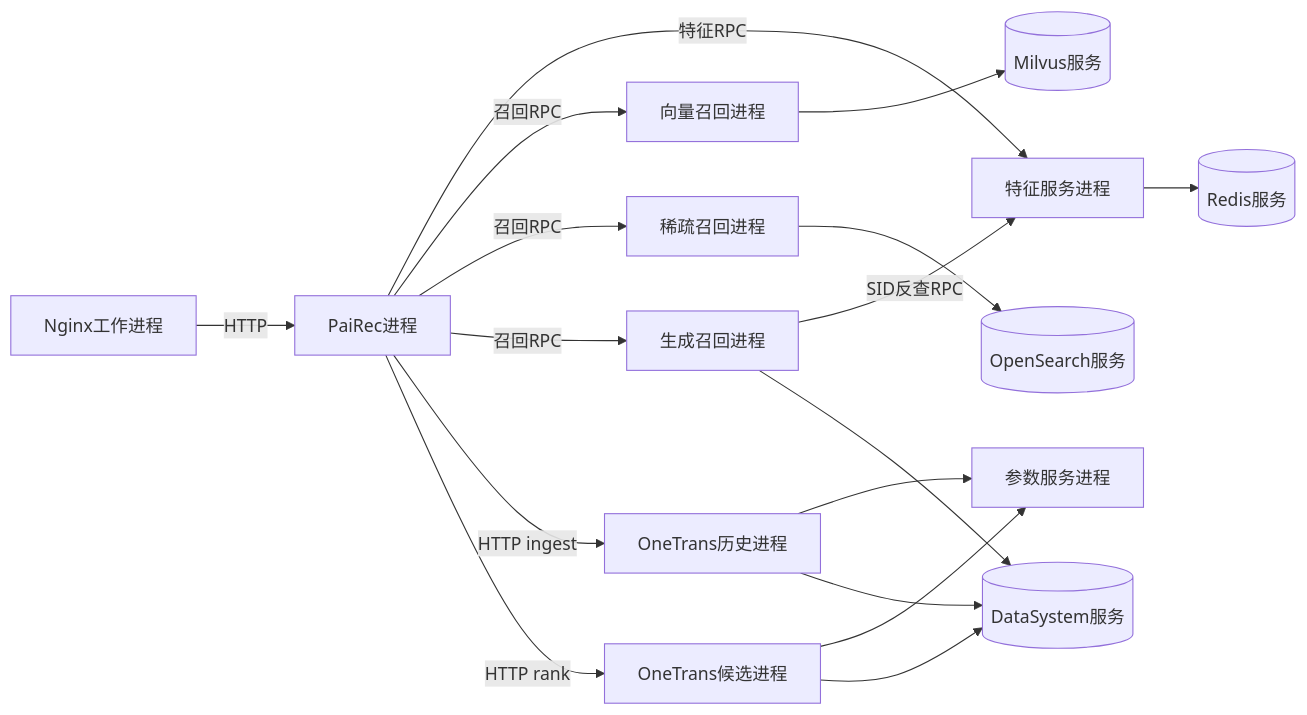
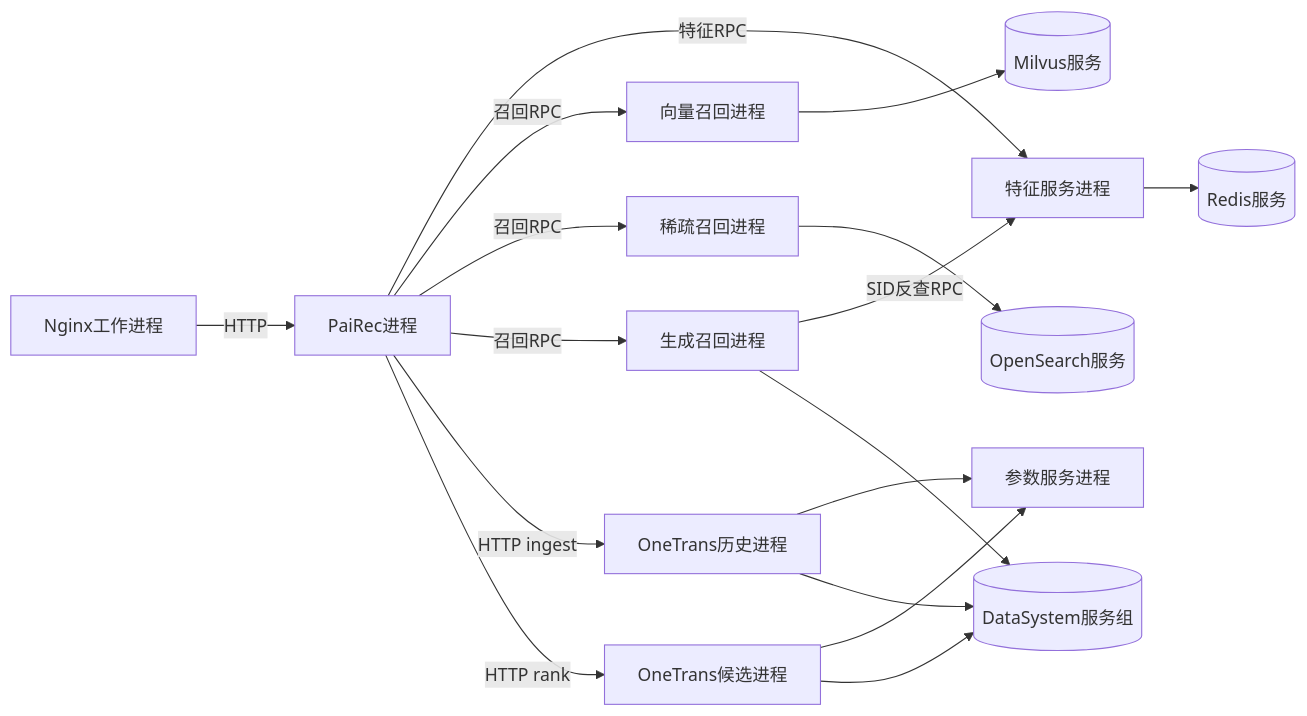
One commit to bitianyuan123/docs changed the fourth of 9 diagrams in 01_system.md. Above: the diagram before and after it, drawn with Mermaid. The commit also changed other lines of this file and 74 other files, not shown here.

````diff
--- a/01_system.md
+++ b/01_system.md
@@ -132,19 +130,19 @@
 ```mermaid
 flowchart LR
     N[Nginx工作进程] -->|HTTP| P[PaiRec进程]
     P -->|特征RPC| F[特征服务进程]
     F --> R[(Redis服务)]
     P -->|召回RPC| V[向量召回进程]
     V --> M[(Milvus服务)]
     P -->|召回RPC| S[稀疏召回进程]
     S --> O[(OpenSearch服务)]
     P -->|召回RPC| G[生成召回进程]
     G -->|SID反查RPC| F
     P -->|HTTP ingest| H[OneTrans历史进程]
     P -->|HTTP rank| D[OneTrans候选进程]
     H --> PS[参数服务进程]
     D --> PS
-    H --> K[(DataSystem服务)]
+    H --> K[(DataSystem服务组)]
     D --> K
     G --> K
 ```
````
